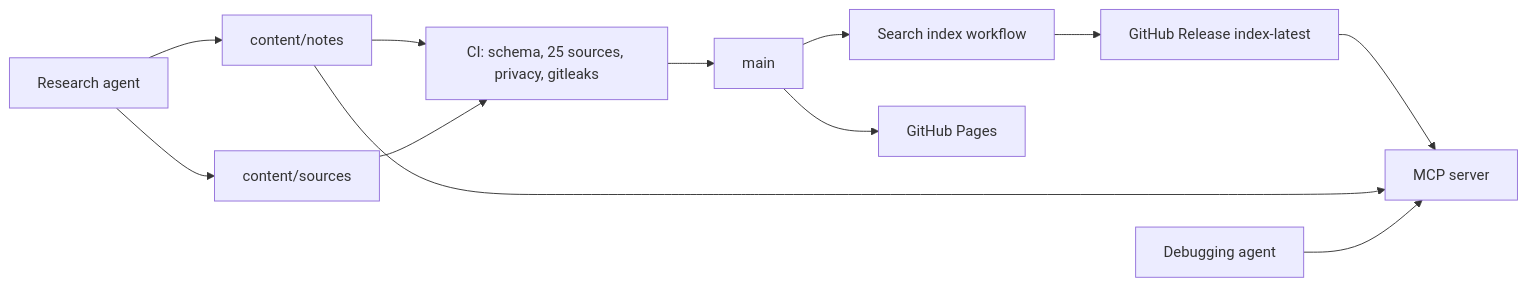
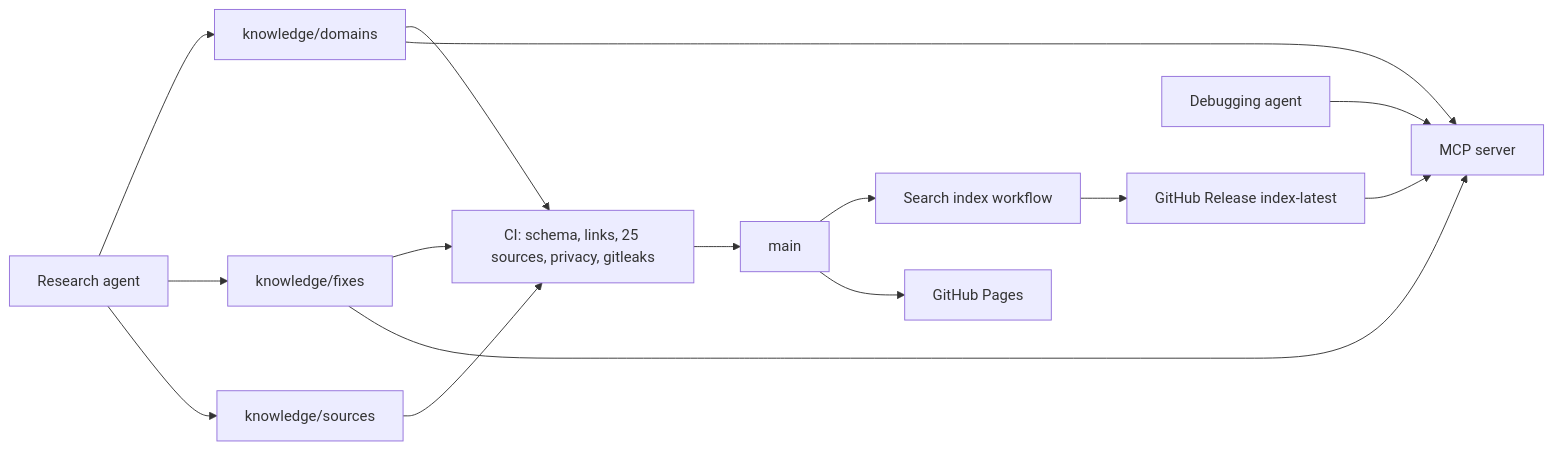
One commit to fvegiard/priorart changed the diagram in README.md. Above: the diagram before and after it, drawn with Mermaid. The commit also changed other lines of this file and 34 other files, not shown here.

````diff
--- a/README.md
+++ b/README.md
@@ -11,14 +11,17 @@
 ```mermaid
 flowchart LR
-  research[Research agent] --> notes[content/notes]
-  research --> packs[content/sources]
-  notes --> ci[CI: schema, 25 sources, privacy, gitleaks]
+  research[Research agent] --> domains[knowledge/domains]
+  research --> fixes[knowledge/fixes]
+  research --> packs[knowledge/sources]
+  domains --> ci[CI: schema, links, 25 sources, privacy, gitleaks]
+  fixes --> ci
   packs --> ci
   ci --> main[main]
   main --> indexJob[Search index workflow]
   indexJob --> release[GitHub Release index-latest]
   main --> pages[GitHub Pages]
   release --> mcp[MCP server]
-  notes --> mcp
+  domains --> mcp
+  fixes --> mcp
   debug[Debugging agent] --> mcp
 ```
````
